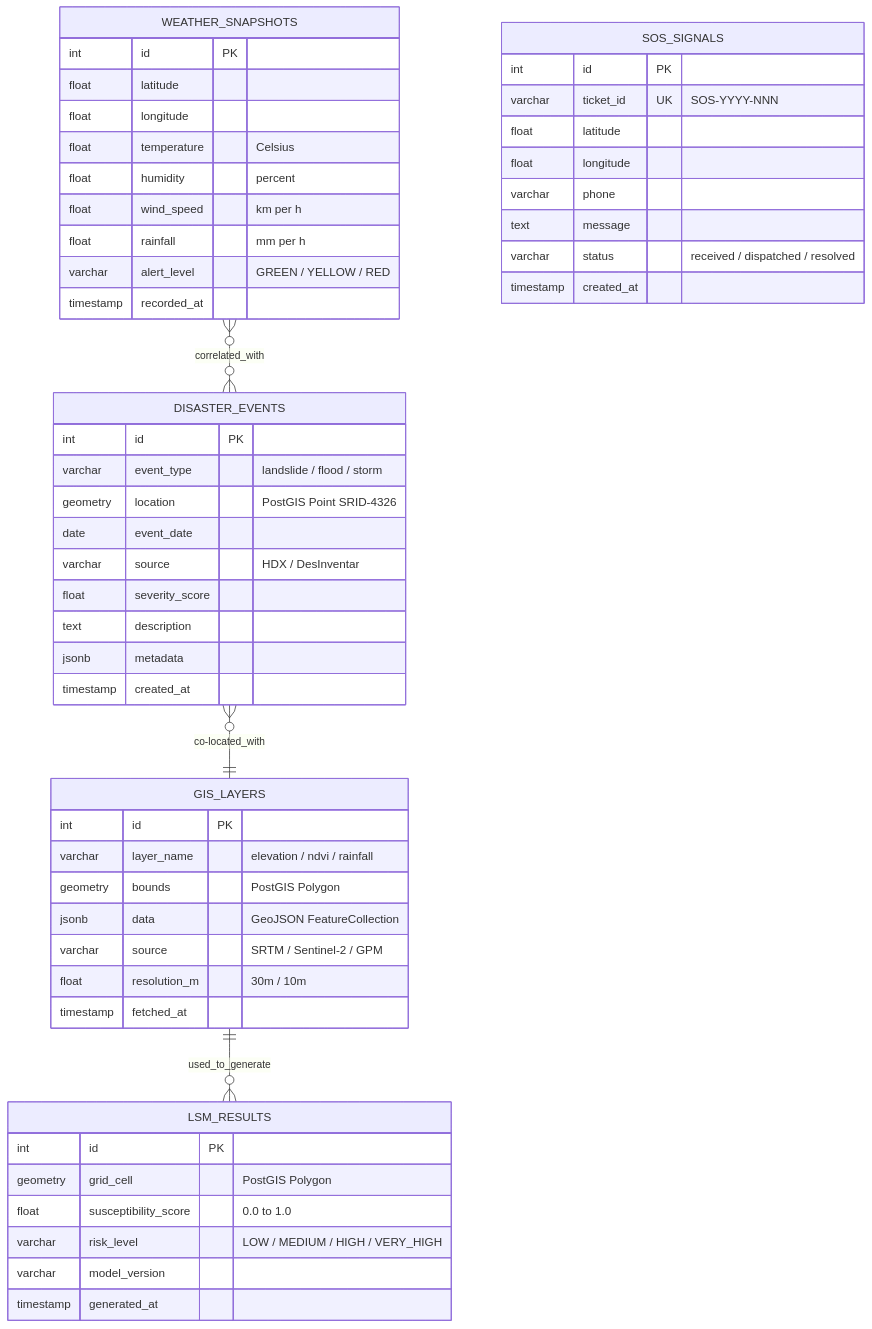
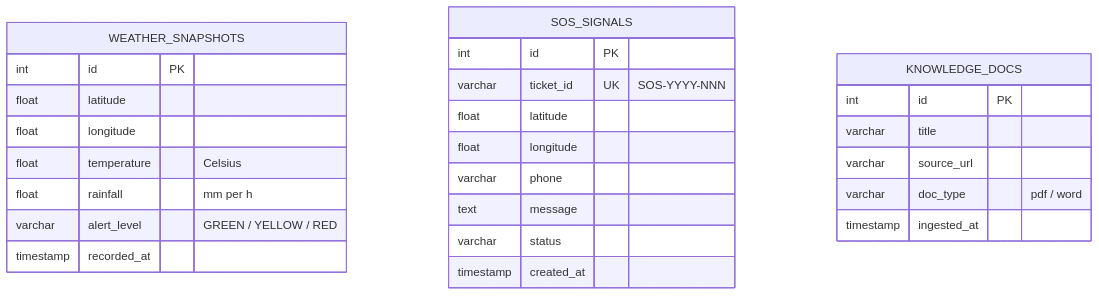
Before and after one commit to minhduc01168/rag-natural-disaster: the fifth of 5 diagrams in docs/architecture.md, drawn with Mermaid. The commit also changed other lines of this file and 57 other files, not shown here.

Commit message:
docs: Update architecture and documentation for Agentic RAG pivot

````diff
--- a/docs/architecture.md
+++ b/docs/architecture.md
@@ -397,60 +240,31 @@
 ```mermaid
 erDiagram
-    DISASTER_EVENTS {
-        int id PK
-        varchar event_type "landslide / flood / storm"
-        geometry location "PostGIS Point SRID-4326"
-        date event_date
-        varchar source "HDX / DesInventar"
-        float severity_score
-        text description
-        jsonb metadata
-        timestamp created_at
-    }
-
-    GIS_LAYERS {
-        int id PK
-        varchar layer_name "elevation / ndvi / rainfall"
-        geometry bounds "PostGIS Polygon"
-        jsonb data "GeoJSON FeatureCollection"
-        varchar source "SRTM / Sentinel-2 / GPM"
-        float resolution_m "30m / 10m"
-        timestamp fetched_at
-    }
-
     WEATHER_SNAPSHOTS {
         int id PK
         float latitude
         float longitude
         float temperature "Celsius"
-        float humidity "percent"
-        float wind_speed "km per h"
         float rainfall "mm per h"
         varchar alert_level "GREEN / YELLOW / RED"
         timestamp recorded_at
     }
 
     SOS_SIGNALS {
         int id PK
         varchar ticket_id UK "SOS-YYYY-NNN"
         float latitude
         float longitude
         varchar phone
         text message
-        varchar status "received / dispatched / resolved"
+        varchar status
         timestamp created_at
     }
 
-    LSM_RESULTS {
+    KNOWLEDGE_DOCS {
         int id PK
-        geometry grid_cell "PostGIS Polygon"
-        float susceptibility_score "0.0 to 1.0"
-        varchar risk_level "LOW / MEDIUM / HIGH / VERY_HIGH"
-        varchar model_version
-        timestamp generated_at
+        varchar title
+        varchar source_url
+        varchar doc_type "pdf / word"
+        timestamp ingested_at
     }
-
-    GIS_LAYERS ||--o{ LSM_RESULTS : "used_to_generate"
-    DISASTER_EVENTS }o--|| GIS_LAYERS : "co-located_with"
-    WEATHER_SNAPSHOTS }o--o{ DISASTER_EVENTS : "correlated_with"
 ```
````
